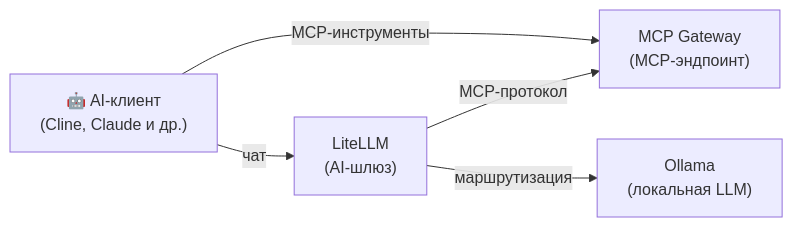
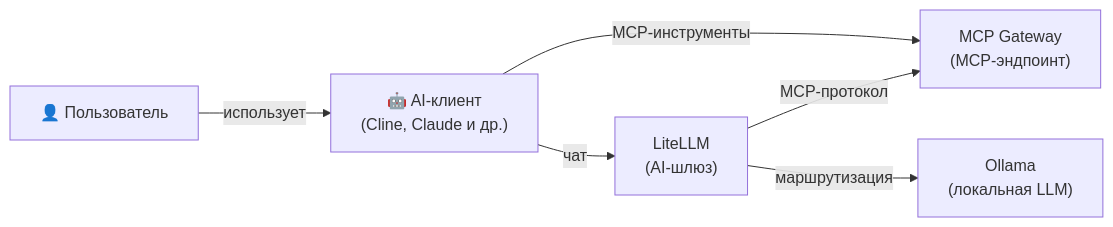
The diagram in stacks/ai-tools/README-ru.md (hwdsl2/self-hosted-ai-stack), drawn with Mermaid before and after one commit. The commit also changed 7 other files, not shown here.

````diff
--- a/stacks/ai-tools/README-ru.md
+++ b/stacks/ai-tools/README-ru.md
@@ -13,7 +13,8 @@
 ```mermaid
 graph LR
-    C["🤖 AI-клиент<br/>(Cline, Claude и др.)"] -->|MCP-инструменты| M["MCP Gateway<br/>(MCP-эндпоинт)"]
+    U["👤 Пользователь"] -->|использует| C["🤖 AI-клиент<br/>(Cline, Claude и др.)"]
+    C -->|MCP-инструменты| M["MCP Gateway<br/>(MCP-эндпоинт)"]
     C -->|чат| L["LiteLLM<br/>(AI-шлюз)"]
     L -->|маршрутизация| O["Ollama<br/>(локальная LLM)"]
     L -->|MCP-протокол| M
 ```
````
